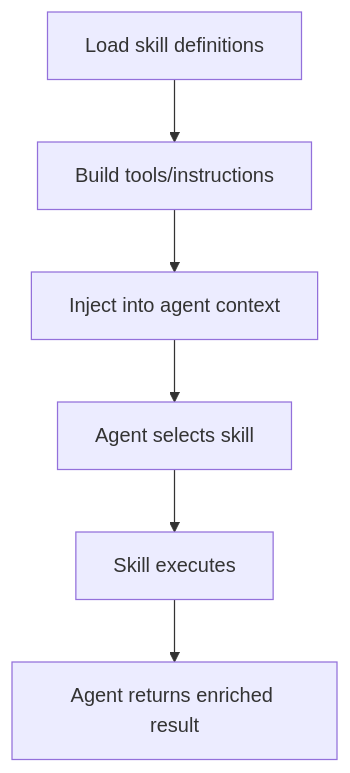
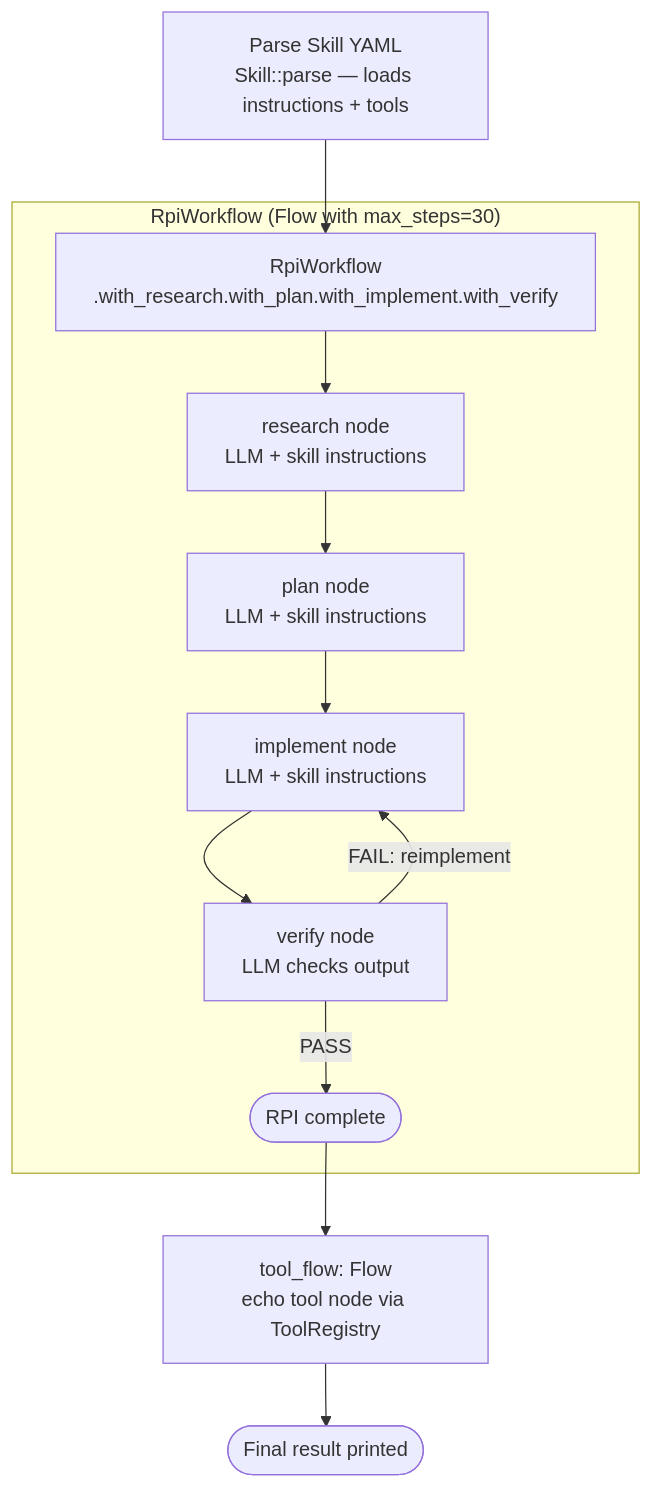
Before and after one commit to EzekTec-Inc/AgentFlow: the diagram in examples/RUST_AGENTIC_SKILLS.md, drawn with Mermaid. The commit also changed other lines of this file and 14 other files, not shown here.

````diff
--- a/examples/RUST_AGENTIC_SKILLS.md
+++ b/examples/RUST_AGENTIC_SKILLS.md
@@ -21,8 +19,16 @@
 ```mermaid
 flowchart TD
-    A[Load skill definitions] --> B[Build tools/instructions]
-    B --> C[Inject into agent context]
-    C --> D[Agent selects skill]
-    D --> E[Skill executes]
-    E --> F[Agent returns enriched result]
+    A[Parse Skill YAML\nSkill::parse — loads instructions + tools] --> B[RpiWorkflow\n.with_research.with_plan.with_implement.with_verify]
+
+    subgraph RPI["RpiWorkflow (Flow with max_steps=30)"]
+        B --> C[research node\nLLM + skill instructions]
+        C --> D[plan node\nLLM + skill instructions]
+        D --> E[implement node\nLLM + skill instructions]
+        E --> F[verify node\nLLM checks output]
+        F -->|FAIL: reimplement| E
+        F -->|PASS| G([RPI complete])
+    end
+
+    G --> H[tool_flow: Flow\necho tool node via ToolRegistry]
+    H --> I([Final result printed])
 ```
````
